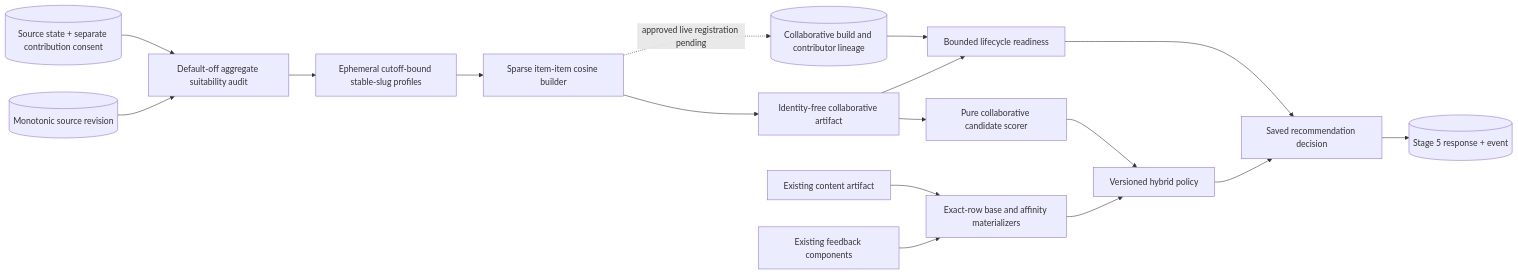
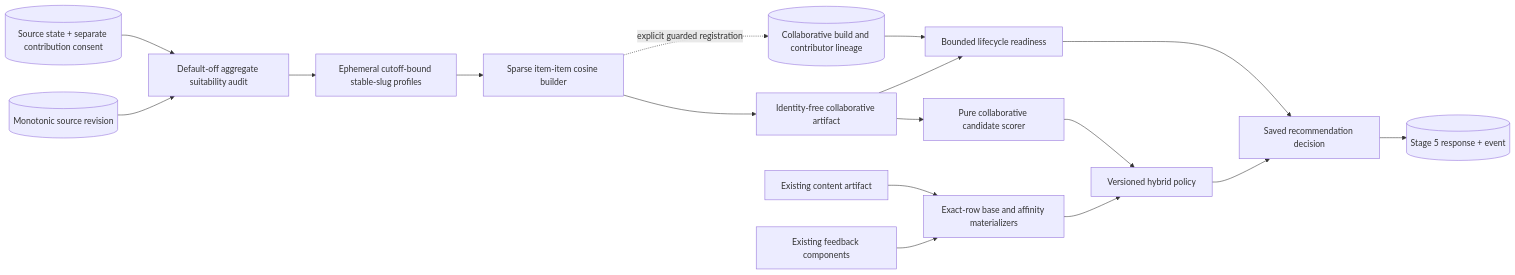
The fourth of 4 diagrams in docs/architecture.md (Khang206206/gamelens-ai), drawn with Mermaid before and after one commit. The commit also changed other lines of this file and 7 other files, not shown here.

````diff
--- a/docs/architecture.md
+++ b/docs/architecture.md
@@ -147,35 +149,35 @@
 ```mermaid
 flowchart LR
     State[("Source state + separate contribution consent")]
     Revision[("Monotonic source revision")]
     Audit["Default-off aggregate suitability audit"]
     Snapshot["Ephemeral cutoff-bound stable-slug profiles"]
     Builder["Sparse item-item cosine builder"]
     CF["Identity-free collaborative artifact"]
     Scorer["Pure collaborative candidate scorer"]
     Lineage[("Collaborative build and contributor lineage")]
     Content["Existing content artifact"]
     Feedback["Existing feedback components"]
     Materializers["Exact-row base and affinity materializers"]
     Hybrid["Versioned hybrid policy"]
     Readiness["Bounded lifecycle readiness"]
     API["Saved recommendation decision"]
     Event[("Stage 5 response + event")]
 
     State --> Audit
     Audit --> Snapshot
     Revision --> Audit
     Snapshot --> Builder
     Builder --> CF
-    Builder -. "approved live registration pending" .-> Lineage
+    Builder -. "explicit guarded registration" .-> Lineage
     CF --> Scorer
     Content --> Materializers
     Feedback --> Materializers
     Scorer --> Hybrid
     Materializers --> Hybrid
     Lineage --> Readiness
     CF --> Readiness
     Readiness --> API
     Hybrid --> API
     API --> Event
 ```
````
